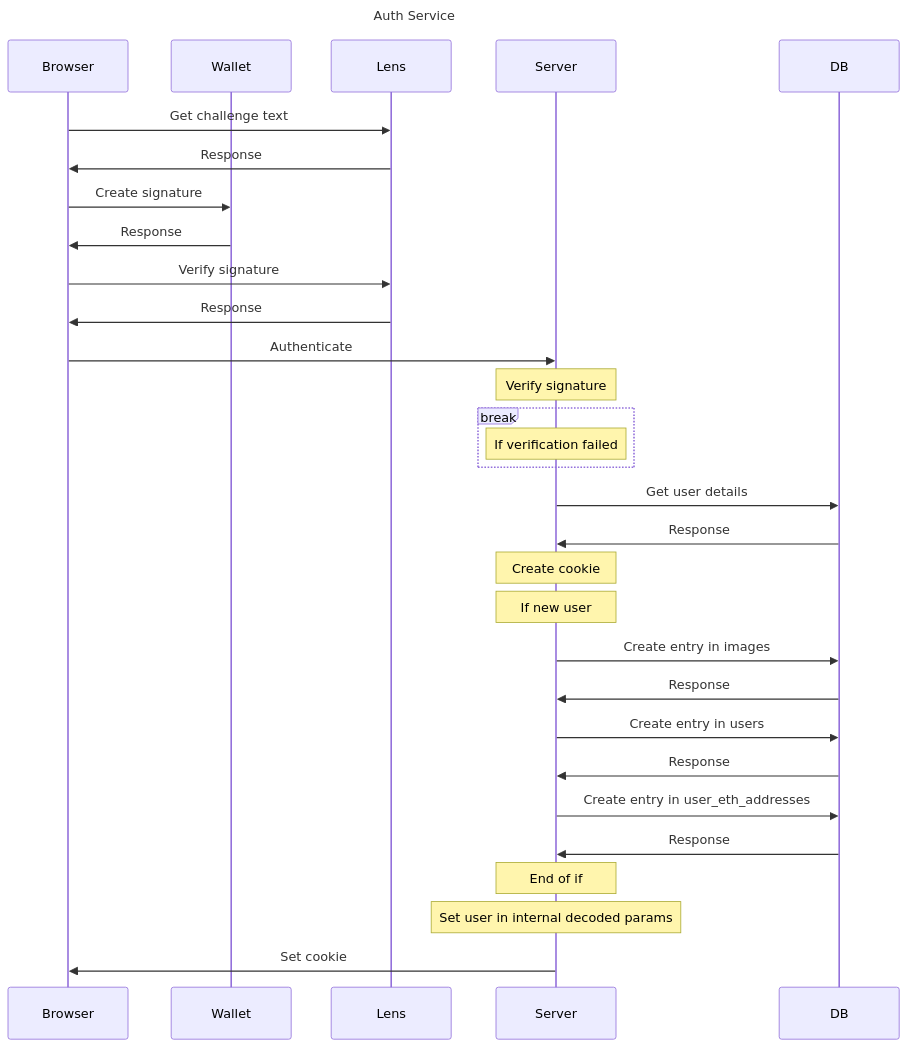
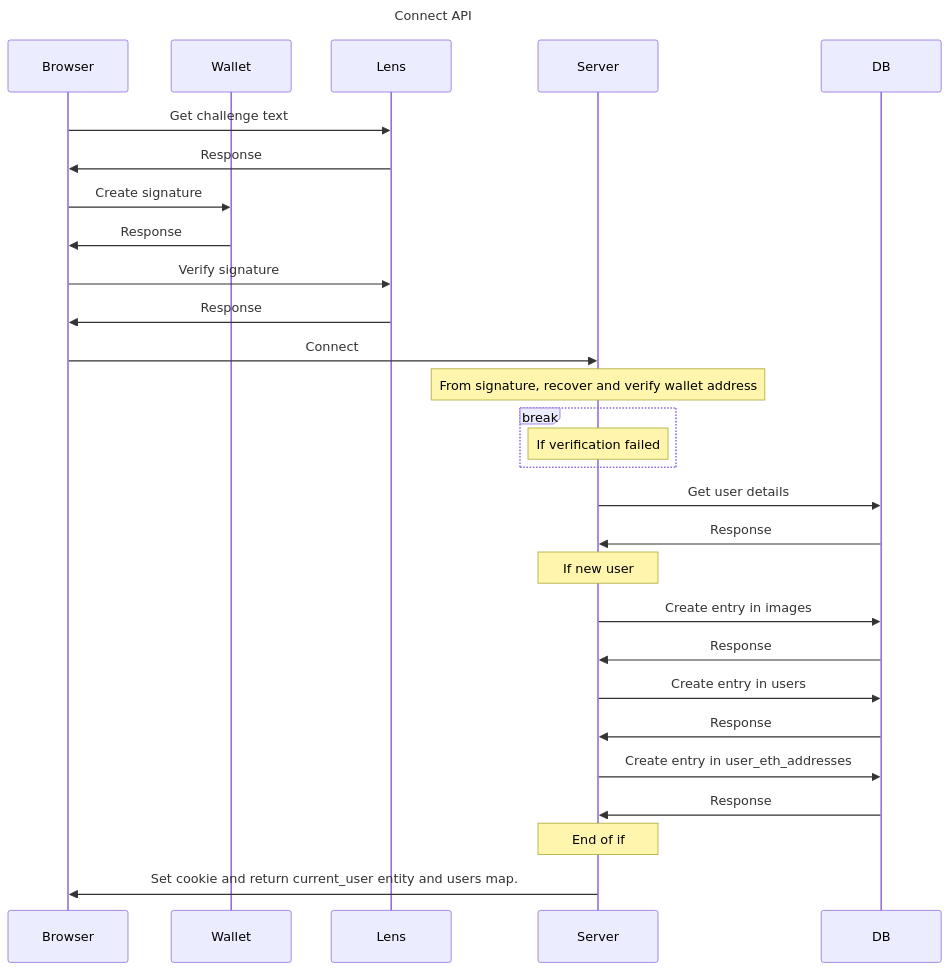
One commit to TrueSparrowSystems/whisper-chain-be changed the diagram in docs/sequenceDiagrams/authFlow.mermaid. Above: the diagram before and after it, drawn with Mermaid. The commit also changed 1 other file, not shown here.

Commit message:
authFlow-review

```diff
--- a/docs/sequenceDiagrams/authFlow.mermaid
+++ b/docs/sequenceDiagrams/authFlow.mermaid
@@ -1,47 +1,43 @@
 %% Documentation: https://github.com/mermaid-js/mermaid
 %% Editor: https://mermaid.live/edit
 
 sequenceDiagram
-title Auth Service 
+title Connect API  
 
 participant Browser
 participant Wallet
 participant Platform as Lens
 participant Server
 participant DB
 
 Browser->>Platform: Get challenge text
 Platform->>Browser: Response
 
 Browser->>Wallet: Create signature
 Wallet->>Browser: Response
 
 Browser->>Platform: Verify signature
 Platform->>Browser: Response
 
-Browser->>Server: Authenticate
+Browser->>Server: Connect
 
-note over Server: Verify signature
+note over Server: From signature, recover and verify wallet address
 break
     note over Server: If verification failed
 end
 
-
 Server->>DB: Get user details
 DB->>Server: Response
-
-note over Server: Create cookie
 
 note over Server: If new user
 
 Server->>DB: Create entry in images
 DB->>Server: Response
 Server->>DB: Create entry in users
 DB->>Server: Response
 Server->>DB: Create entry in user_eth_addresses
 DB->>Server: Response
 
 note over Server: End of if
-note over Server: Set user in internal decoded params
 
-Server->>Browser: Set cookie
+Server->>Browser: Set cookie and return current_user entity and users map.
```
